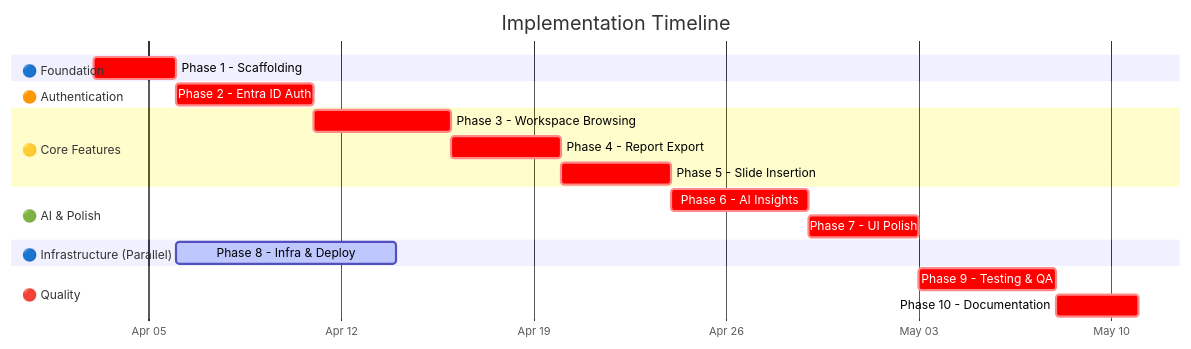
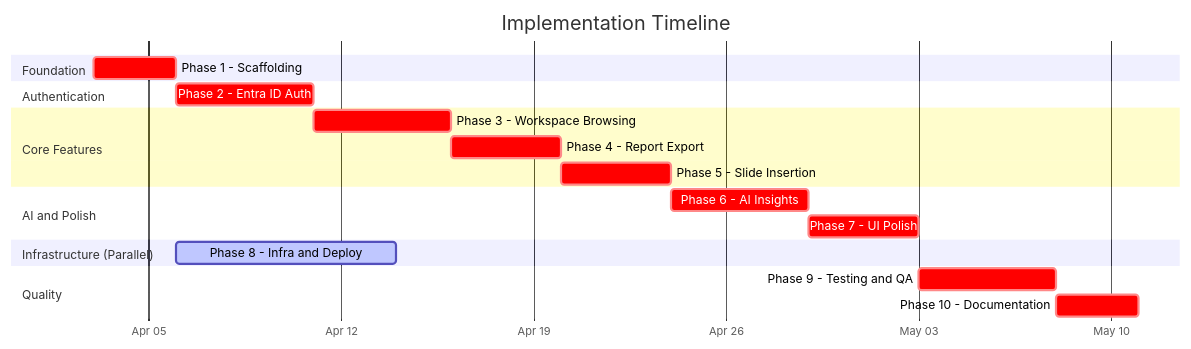
One commit to fredgis/OfficeAddin changed the third of 4 diagrams in docs/dependencies.md. Above: the diagram before and after it, drawn with Mermaid. The commit also changed 1 other file, not shown here.

Commit message:
fix: remove emojis and special chars from Gantt section names
GitHub Mermaid renderer fails on emojis in Gantt section names
and colons/ampersands in task names. Cleaned both Gantt charts.

````diff
--- a/docs/dependencies.md
+++ b/docs/dependencies.md
@@ -72,28 +72,28 @@
 ```mermaid
 gantt
     title Implementation Timeline
     dateFormat  YYYY-MM-DD
     axisFormat  %b %d
 
-    section 🔵 Foundation
+    section Foundation
     Phase 1 - Scaffolding           :crit, p1, 2026-04-03, 3d
 
-    section 🟠 Authentication
+    section Authentication
     Phase 2 - Entra ID Auth         :crit, p2, after p1, 5d
 
-    section 🟡 Core Features
+    section Core Features
     Phase 3 - Workspace Browsing    :crit, p3, after p2, 5d
     Phase 4 - Report Export         :crit, p4, after p3, 4d
     Phase 5 - Slide Insertion       :crit, p5, after p4, 4d
 
-    section 🟢 AI & Polish
+    section AI and Polish
     Phase 6 - AI Insights           :crit, p6, after p5, 5d
     Phase 7 - UI Polish             :crit, p7, after p6, 4d
 
-    section 🔵 Infrastructure (Parallel)
-    Phase 8 - Infra & Deploy        :active, p8, after p1, 8d
+    section Infrastructure (Parallel)
+    Phase 8 - Infra and Deploy      :active, p8, after p1, 8d
 
-    section 🔴 Quality
-    Phase 9 - Testing & QA          :crit, p9, after p7, 5d
+    section Quality
+    Phase 9 - Testing and QA        :crit, p9, after p7, 5d
     Phase 10 - Documentation        :crit, p10, after p9, 3d
 ```
````
